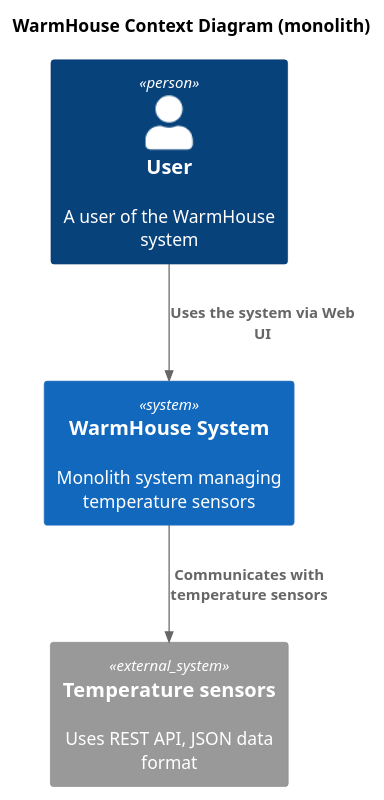
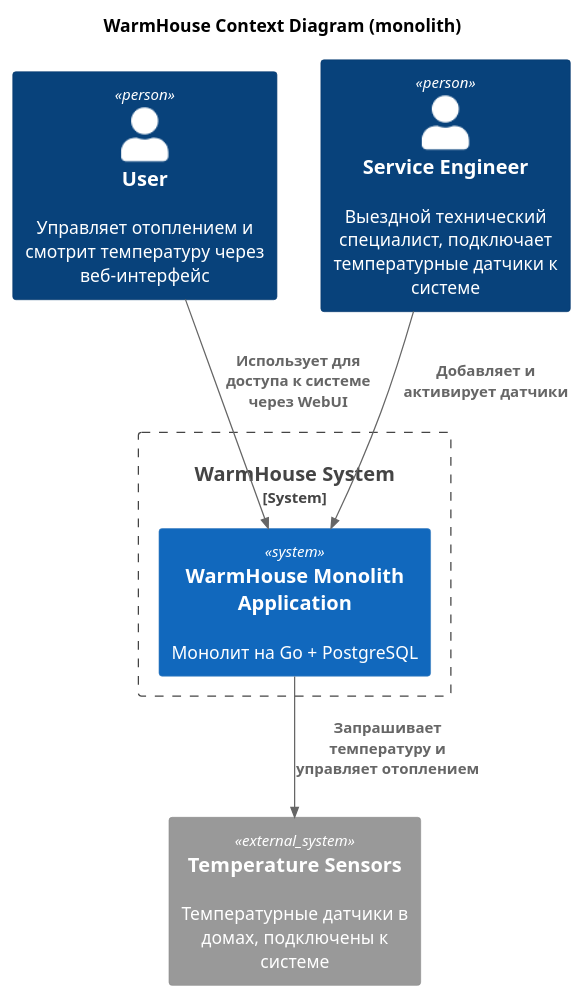
One commit to kalach77rus/warmhouse changed the diagram in docs/c4/monolith/context.puml. Above: the diagram before and after it, drawn with PlantUML. The commit also changed 6 other files, not shown here.

Commit message:
task-02: C4 diagrams To-be

```diff
--- a/docs/c4/monolith/context.puml
+++ b/docs/c4/monolith/context.puml
@@ -2,17 +2,21 @@
 @startuml
 title WarmHouse Context Diagram (monolith)
 
 top to bottom direction
 
 !includeurl https://raw.githubusercontent.com/RicardoNiepel/C4-PlantUML/master/C4_Context.puml
 
-Person(user, "User", "A user of the WarmHouse system")
+Person(user, "User", "Управляет отоплением и смотрит температуру через веб-интерфейс")
+Person(serviceEngineer, "Service Engineer", "Выездной технический специалист, подключает температурные датчики к системе")
 
-System(warmHouseSystem, "WarmHouse System", "Monolith system managing temperature sensors")
+System_Boundary(warmhouse, "WarmHouse System") {
+    System(warmHouseSystem, "WarmHouse Monolith Application", "Монолит на Go + PostgreSQL")
+}
 
-System_Ext(sensor, "Temperature sensors", "Uses REST API, JSON data format")
+System_Ext(sensor, "Temperature Sensors", "Температурные датчики в домах, подключены к системе")
 
-Rel(user, warmHouseSystem, "Uses the system via Web UI")
-Rel(warmHouseSystem,sensor,"Communicates with temperature sensors")
+Rel(user, warmHouseSystem, "Использует для доступа к системе через WebUI")
+Rel(serviceEngineer, warmHouseSystem, "Добавляет и активирует датчики")
+Rel(warmHouseSystem, sensor, "Запрашивает температуру и управляет отоплением")
 
 @enduml
```
